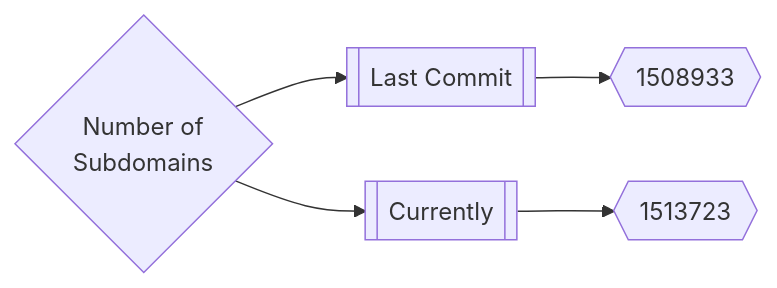
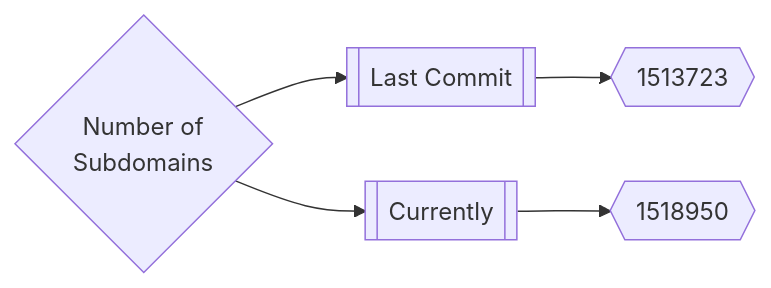
The first of 3 diagrams in README.md (trickest/inventory), drawn with Mermaid before and after one commit. The commit also changed other lines of this file, not shown here.

Commit message:
Update Fri Apr 22 01:52:10 UTC 2022

````diff
--- a/README.md
+++ b/README.md
@@ -165,5 +165,5 @@
 ```mermaid
 graph LR
-title{Number of<br>Subdomains} --> subdomainsDate1[[Last Commit]] --> subdomainsNum1{{1508933}}
-title --> subdomainsDate2[[Currently]] --> subdomainsNum2{{1513723}}
+title{Number of<br>Subdomains} --> subdomainsDate1[[Last Commit]] --> subdomainsNum1{{1513723}}
+title --> subdomainsDate2[[Currently]] --> subdomainsNum2{{1518950}}
 ```
````
